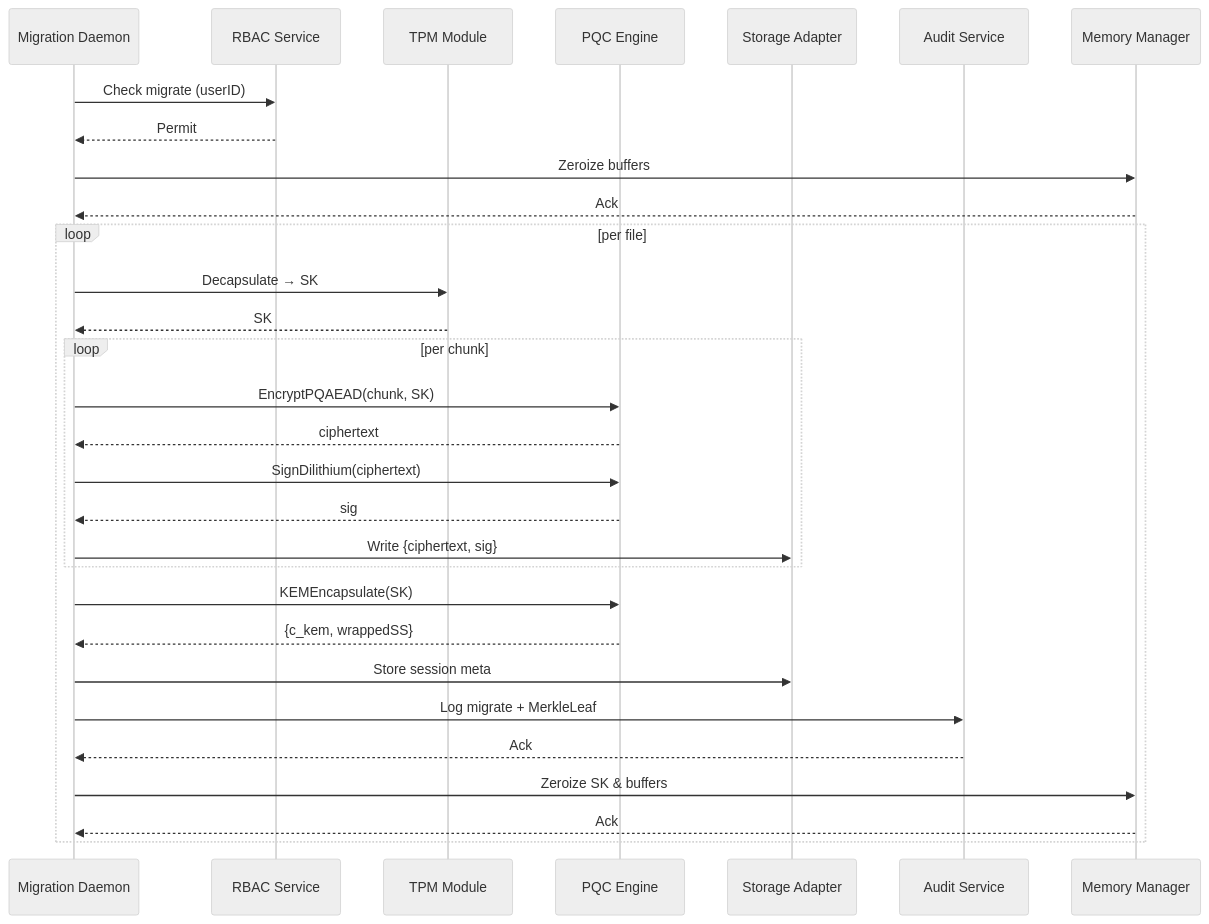
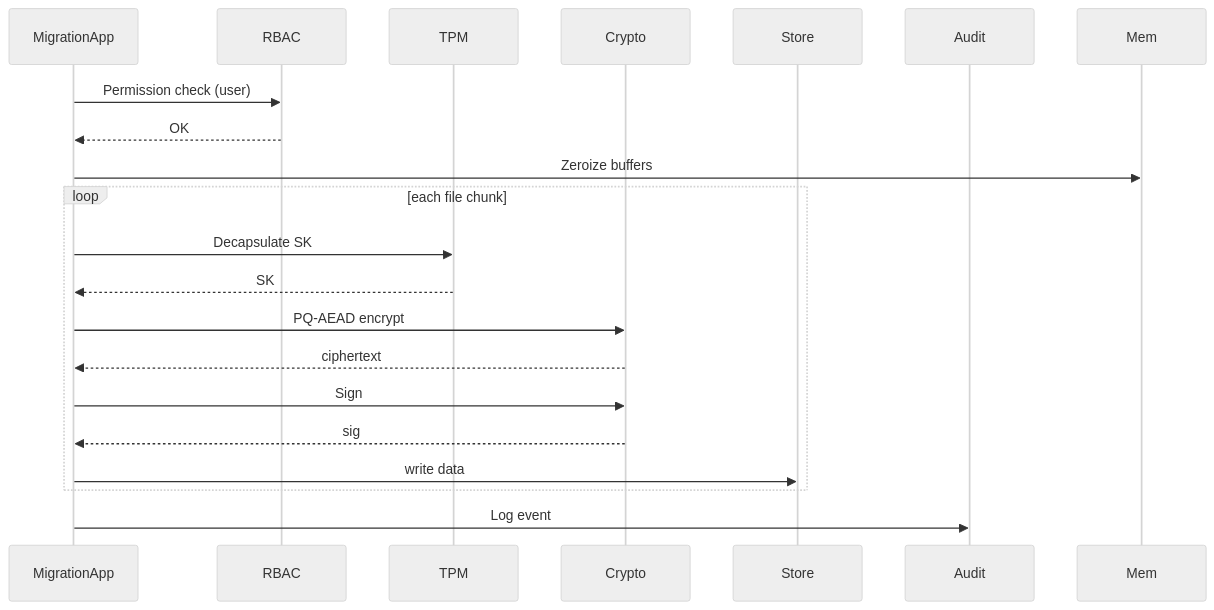
The second of 4 diagrams in design.md (Sharvil2704/SNDL_shield), drawn with Mermaid (neutral theme) before and after one commit. The commit also changed other lines of this file, not shown here.

````diff
--- a/design.md
+++ b/design.md
@@ -103,34 +73,25 @@
 ```mermaid
 sequenceDiagram
-  participant Mig as Migration Daemon
-  participant RB as RBAC Service
-  participant TP as TPM Module
-  participant PQ as PQC Engine
-  participant St as Storage Adapter
-  participant Au as Audit Service
-  participant Me as Memory Manager
+  participant App as MigrationApp
+  participant RBAC
+  participant TPM
+  participant Crypto
+  participant Store
+  participant Audit
+  participant Mem
 
-  Mig->>RB: Check migrate (userID)
-  RB-->>Mig: Permit
-  Mig->>Me: Zeroize buffers
-  Me-->>Mig: Ack
+  App->>RBAC: Permission check (user)
+  RBAC-->>App: OK
+  App->>Mem: Zeroize buffers
+  loop each file chunk
+    App->>TPM: Decapsulate SK
+    TPM-->>App: SK
+    App->>Crypto: PQ‑AEAD encrypt
+    Crypto-->>App: ciphertext
+    App->>Crypto: Sign
+    Crypto-->>App: sig
+    App->>Store: write data
+  end
+  App->>Audit: Log event
 
-  loop per file
-    Mig->>TP: Decapsulate → SK
-    TP-->>Mig: SK
-    loop per chunk
-      Mig->>PQ: EncryptPQAEAD(chunk, SK)
-      PQ-->>Mig: ciphertext
-      Mig->>PQ: SignDilithium(ciphertext)
-      PQ-->>Mig: sig
-      Mig->>St: Write {ciphertext, sig}
-    end
-    Mig->>PQ: KEMEncapsulate(SK)
-    PQ-->>Mig: {c_kem, wrappedSS}
-    Mig->>St: Store session meta
-    Mig->>Au: Log migrate + MerkleLeaf
-    Au-->>Mig: Ack
-    Mig->>Me: Zeroize SK & buffers
-    Me-->>Mig: Ack
-  end
 ```
````
